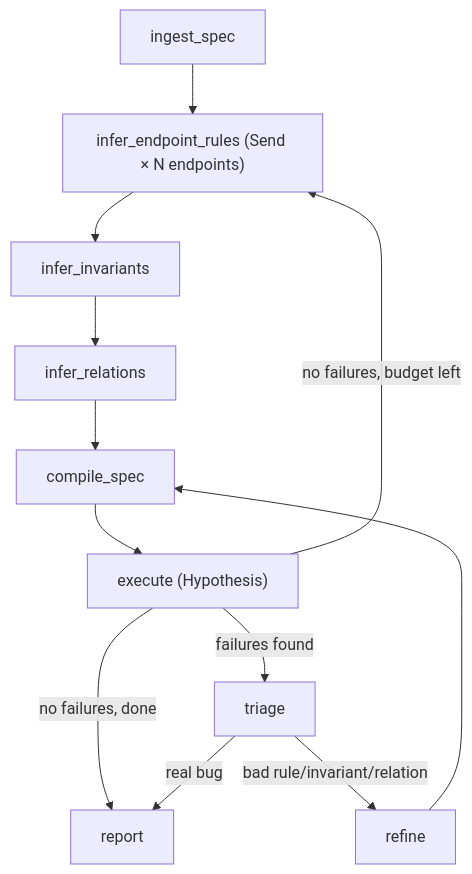
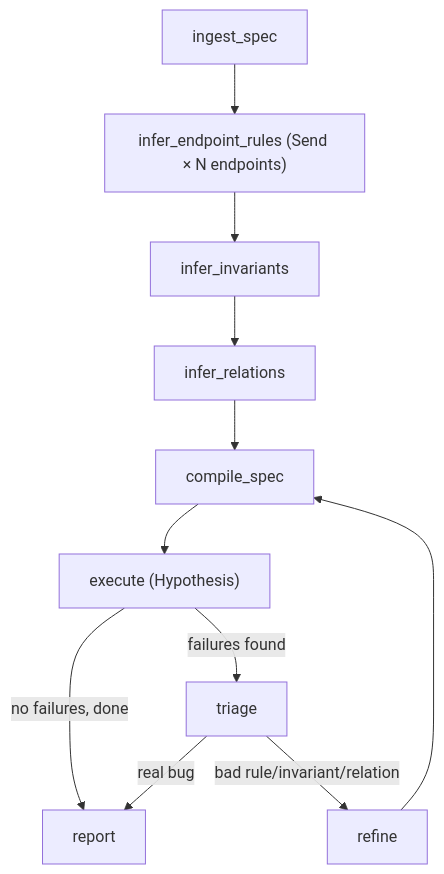
Before and after one commit to mariusargatu/PayFlow: the third of 3 diagrams in docs/design.md, drawn with Mermaid. The commit also changed other lines of this file and 31 other files, not shown here.

````diff
--- a/docs/design.md
+++ b/docs/design.md
@@ -250,13 +274,12 @@
 ```mermaid
 flowchart TD
     A[ingest_spec] --> B["infer_endpoint_rules (Send × N endpoints)"]
     B --> C[infer_invariants]
     C --> D[infer_relations]
     D --> E[compile_spec]
     E --> F["execute (Hypothesis)"]
     F -->|failures found| G[triage]
-    F -->|no failures, budget left| B
     F -->|no failures, done| H[report]
     G -->|real bug| H
     G -->|bad rule/invariant/relation| I[refine] --> E
 ```
````
